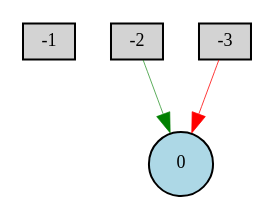
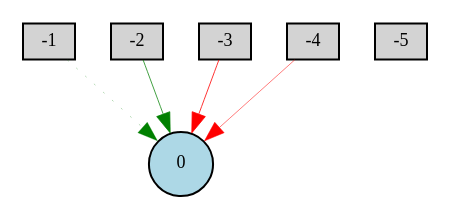
Before and after one commit to PiotrGrzyb/FlappyBirdAI: the diagram in Digraph.gv, drawn with Graphviz. The commit also changed 6 other files, not shown here.

```diff
--- a/Digraph.gv
+++ b/Digraph.gv
@@ -1,9 +1,13 @@
 digraph {
 	node [fontsize=9 height=0.2 shape=circle width=0.2]
 	-1 [fillcolor=lightgray shape=box style=filled]
 	-2 [fillcolor=lightgray shape=box style=filled]
 	-3 [fillcolor=lightgray shape=box style=filled]
+	-4 [fillcolor=lightgray shape=box style=filled]
+	-5 [fillcolor=lightgray shape=box style=filled]
 	0 [fillcolor=lightblue style=filled]
-	-2 -> 0 [color=green penwidth=0.32270523360315184 style=solid]
-	-3 -> 0 [color=red penwidth=0.38571013999738557 style=solid]
+	-1 -> 0 [color=green penwidth=0.15449381051822111 style=dotted]
+	-2 -> 0 [color=green penwidth=0.3674434026097749 style=solid]
+	-3 -> 0 [color=red penwidth=0.4035257282199316 style=solid]
+	-4 -> 0 [color=red penwidth=0.26017506970172233 style=solid]
 }
```
